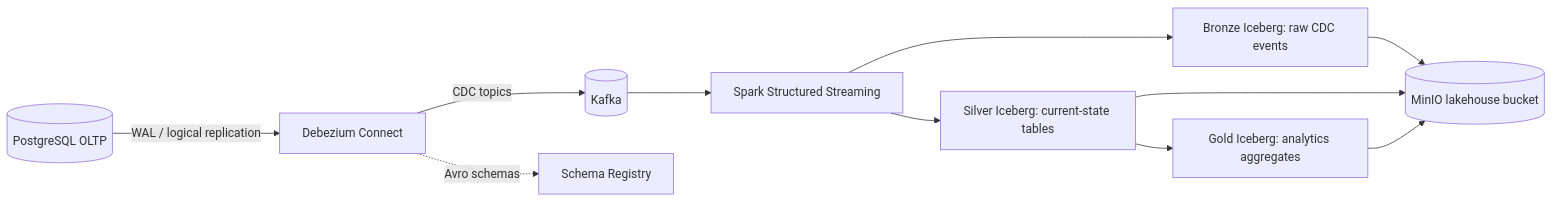
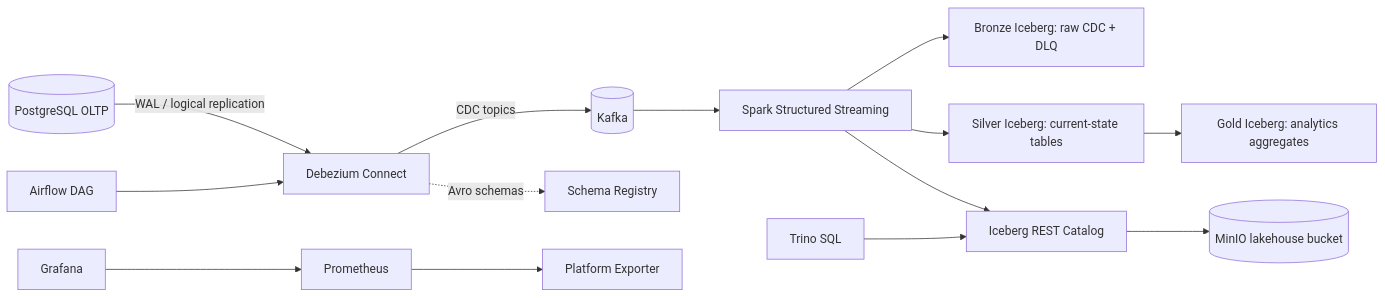
One commit to rzadevv/CDC-data-lakehouse changed the diagram in README.md. Above: the diagram before and after it, drawn with Mermaid. The commit also changed other lines of this file and 34 other files, not shown here.

Commit message:
Iceberg REST/Trino catalog, Airflow DAG, observability dashboard/exporter, DLQ/replay hooks, and cloud/Kubernetes docs

````diff
--- a/README.md
+++ b/README.md
@@ -20,13 +24,16 @@
 ```mermaid
 flowchart LR
     PG[(PostgreSQL OLTP)] -->|WAL / logical replication| DBZ[Debezium Connect]
     DBZ -->|CDC topics| KAFKA[(Kafka)]
     DBZ -. Avro schemas .-> SR[Schema Registry]
     KAFKA --> SPARK[Spark Structured Streaming]
-    SPARK --> B[Bronze Iceberg: raw CDC events]
+    SPARK --> B[Bronze Iceberg: raw CDC + DLQ]
     SPARK --> S[Silver Iceberg: current-state tables]
     S --> G[Gold Iceberg: analytics aggregates]
-    B --> MINIO[(MinIO lakehouse bucket)]
-    S --> MINIO
-    G --> MINIO
+    SPARK --> REST[Iceberg REST Catalog]
+    TRINO[Trino SQL] --> REST
+    REST --> MINIO[(MinIO lakehouse bucket)]
+    AIRFLOW[Airflow DAG] --> DBZ
+    PROM[Prometheus] --> EXP[Platform Exporter]
+    GRAFANA[Grafana] --> PROM
 ```
````
